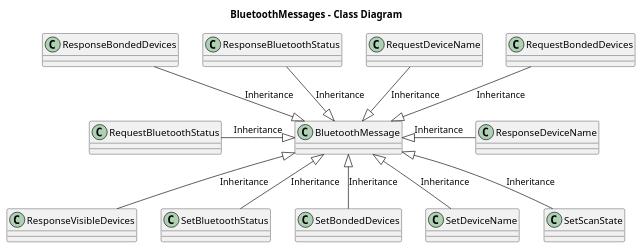
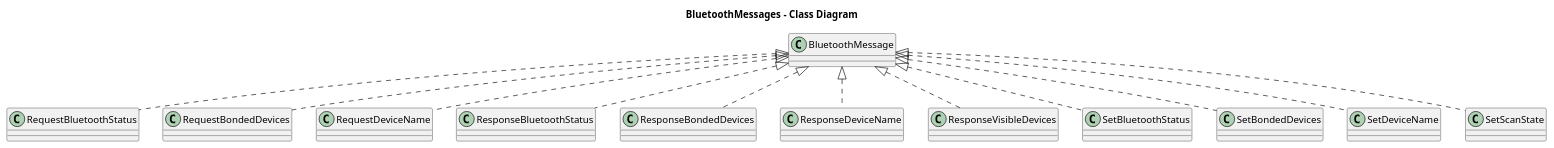
Before and after one commit to mudita/MuditaOS: the diagram in module-bluetooth/bt_messages_class_diagram.puml, drawn with PlantUML. The commit also changed 10 other files, not shown here.

```diff
--- a/module-bluetooth/bt_messages_class_diagram.puml
+++ b/module-bluetooth/bt_messages_class_diagram.puml
@@ -1,40 +1,23 @@
 @startuml
 
 title BluetoothMessages - Class Diagram
 
-
 class BluetoothMessage
 
-class RequestBluetoothStatus
-class RequestBondedDevices
-class RequestDeviceName
+class RequestBluetoothStatus implements BluetoothMessage
+class RequestBondedDevices implements BluetoothMessage
+class RequestDeviceName implements BluetoothMessage
 
-class ResponseBluetoothStatus
-class ResponseBondedDevices
-class ResponseDeviceName
-class ResponseVisibleDevices
+class ResponseBluetoothStatus implements BluetoothMessage
+class ResponseBondedDevices implements BluetoothMessage
+class ResponseDeviceName implements BluetoothMessage
+class ResponseVisibleDevices implements BluetoothMessage
 
-class SetBluetoothStatus
-class SetBondedDevices
-class SetDeviceName
-class SetScanState
-
-BluetoothMessage <|-left- RequestBluetoothStatus: Inheritance
-BluetoothMessage <|-up- RequestBondedDevices: Inheritance
-BluetoothMessage <|-up- RequestDeviceName: Inheritance
-
-
-BluetoothMessage <|-up- ResponseBluetoothStatus: Inheritance
-BluetoothMessage <|-up- ResponseBondedDevices: Inheritance
-BluetoothMessage <|-right- ResponseDeviceName: Inheritance
-BluetoothMessage <|-down- ResponseVisibleDevices: Inheritance
-
-
-BluetoothMessage <|-down- SetBluetoothStatus: Inheritance
-BluetoothMessage <|-down- SetBondedDevices: Inheritance
-BluetoothMessage <|-down- SetDeviceName: Inheritance
-BluetoothMessage <|-down- SetScanState: Inheritance
+class SetBluetoothStatus implements BluetoothMessage
+class SetBondedDevices implements BluetoothMessage
+class SetDeviceName implements BluetoothMessage
+class SetScanState implements BluetoothMessage
 
 
 
 @enduml
```
